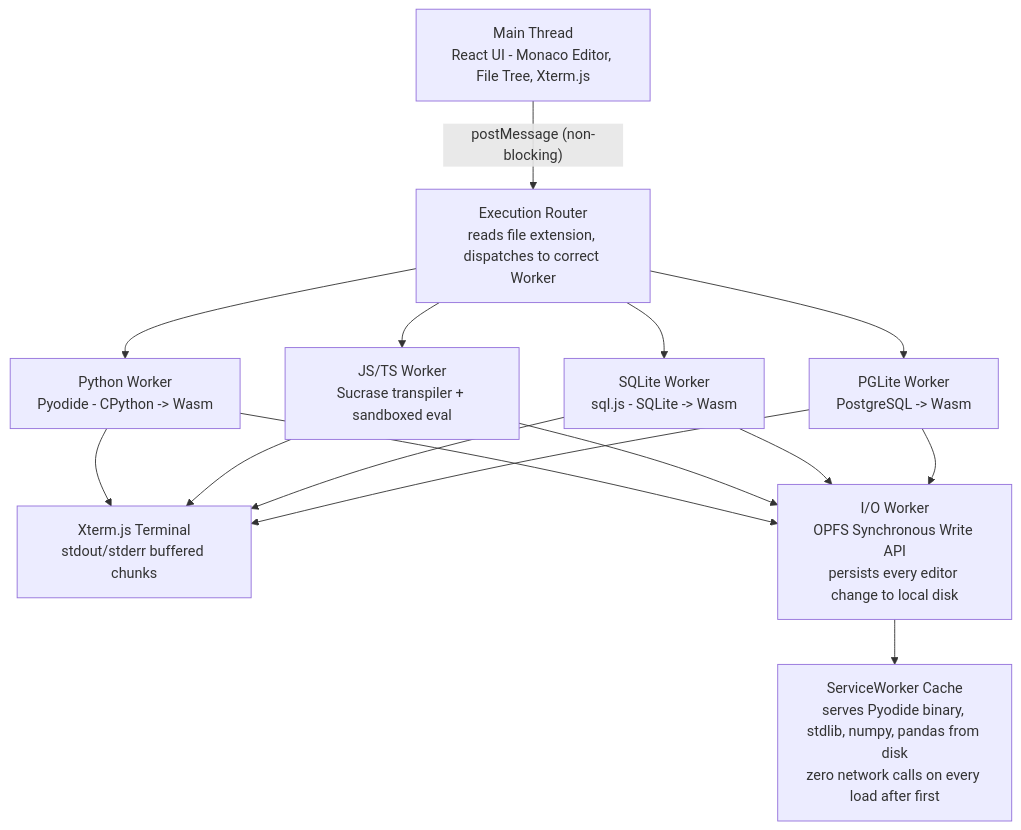
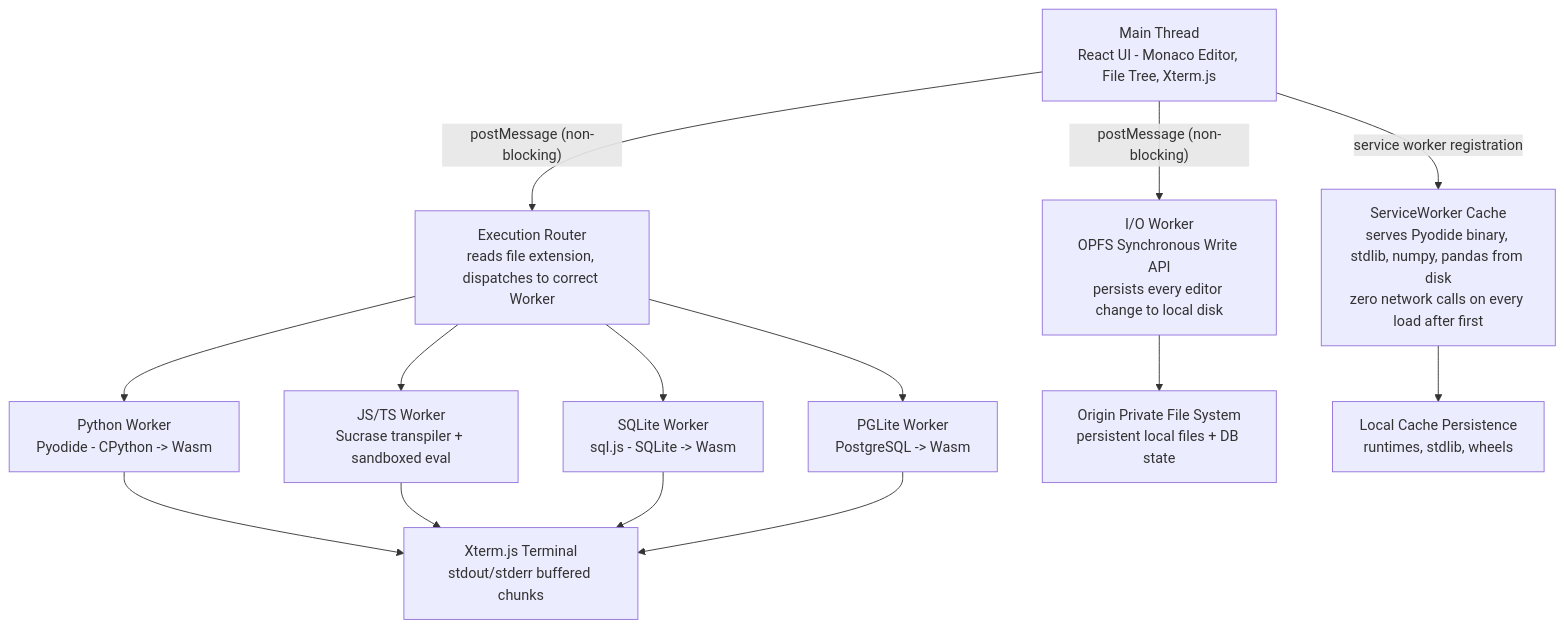
Before and after one commit to Tarunpathak001/wasmForge: the second of 2 diagrams in README.md, drawn with Mermaid. The commit also changed other lines of this file, not shown here.

````diff
--- a/README.md
+++ b/README.md
@@ -66,30 +64,29 @@
 ```mermaid
 flowchart TD
     UI["Main Thread<br/>React UI - Monaco Editor, File Tree, Xterm.js"]
     Router["Execution Router<br/>reads file extension, dispatches to correct Worker"]
     PY["Python Worker<br/>Pyodide - CPython -> Wasm"]
     JS["JS/TS Worker<br/>Sucrase transpiler + sandboxed eval"]
     SQLITE["SQLite Worker<br/>sql.js - SQLite -> Wasm"]
     PG["PGLite Worker<br/>PostgreSQL -> Wasm"]
     TERM["Xterm.js Terminal<br/>stdout/stderr buffered chunks"]
     IO["I/O Worker<br/>OPFS Synchronous Write API<br/>persists every editor change to local disk"]
     SW["ServiceWorker Cache<br/>serves Pyodide binary, stdlib, numpy, pandas from disk<br/>zero network calls on every load after first"]
 
     UI -->|"postMessage (non-blocking)"| Router
+    UI -->|"postMessage (non-blocking)"| IO
+    UI -->|"service worker registration"| SW
+    
     Router --> PY
     Router --> JS
     Router --> SQLITE
     Router --> PG
 
     PY --> TERM
     JS --> TERM
     SQLITE --> TERM
     PG --> TERM
 
-    PY --> IO
-    JS --> IO
-    SQLITE --> IO
-    PG --> IO
-
-    IO --> SW
+    IO --> OPFS["Origin Private File System<br/>persistent local files + DB state"]
+    SW --> CACHE["Local Cache Persistence<br/>runtimes, stdlib, wheels"]
 ```
````
